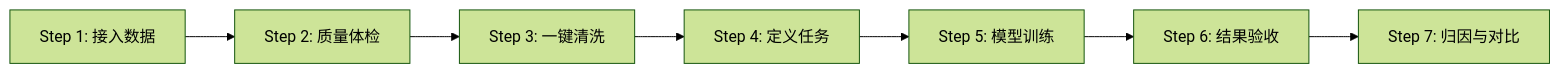
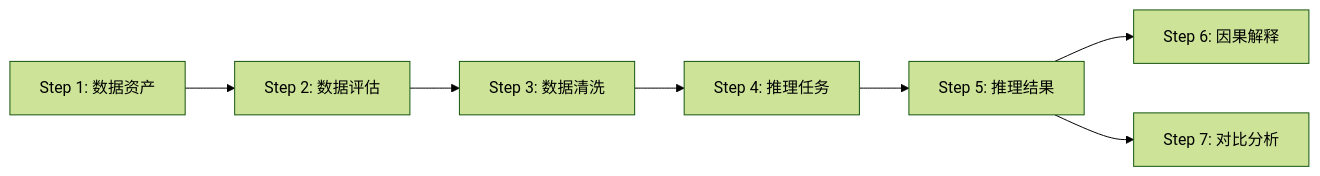
The first of 5 diagrams in docs/System_PRD.md (liulanqioo/limix-pipeline-demo1218), drawn with Mermaid (forest theme) before and after one commit. The commit also changed other lines of this file and 1 other file, not shown here.

Commit message:
docs: refine PRD with detailed flowcharts, button specs and enums

````diff
--- a/docs/System_PRD.md
+++ b/docs/System_PRD.md
@@ -30,9 +13,9 @@
 ```mermaid
 graph LR
-    A[Step 1: 接入数据] --> B[Step 2: 质量体检]
-    B --> C[Step 3: 一键清洗]
-    C --> D[Step 4: 定义任务]
-    D --> E[Step 5: 模型训练]
-    E --> F[Step 6: 结果验收]
-    F --> G[Step 7: 归因与对比]
+    A[Step 1: 数据资产] --> B[Step 2: 数据评估]
+    B --> C[Step 3: 数据清洗]
+    C --> D[Step 4: 推理任务]
+    D --> E[Step 5: 推理结果]
+    E --> F[Step 6: 因果解释]
+    E --> G[Step 7: 对比分析]
 ```
````
